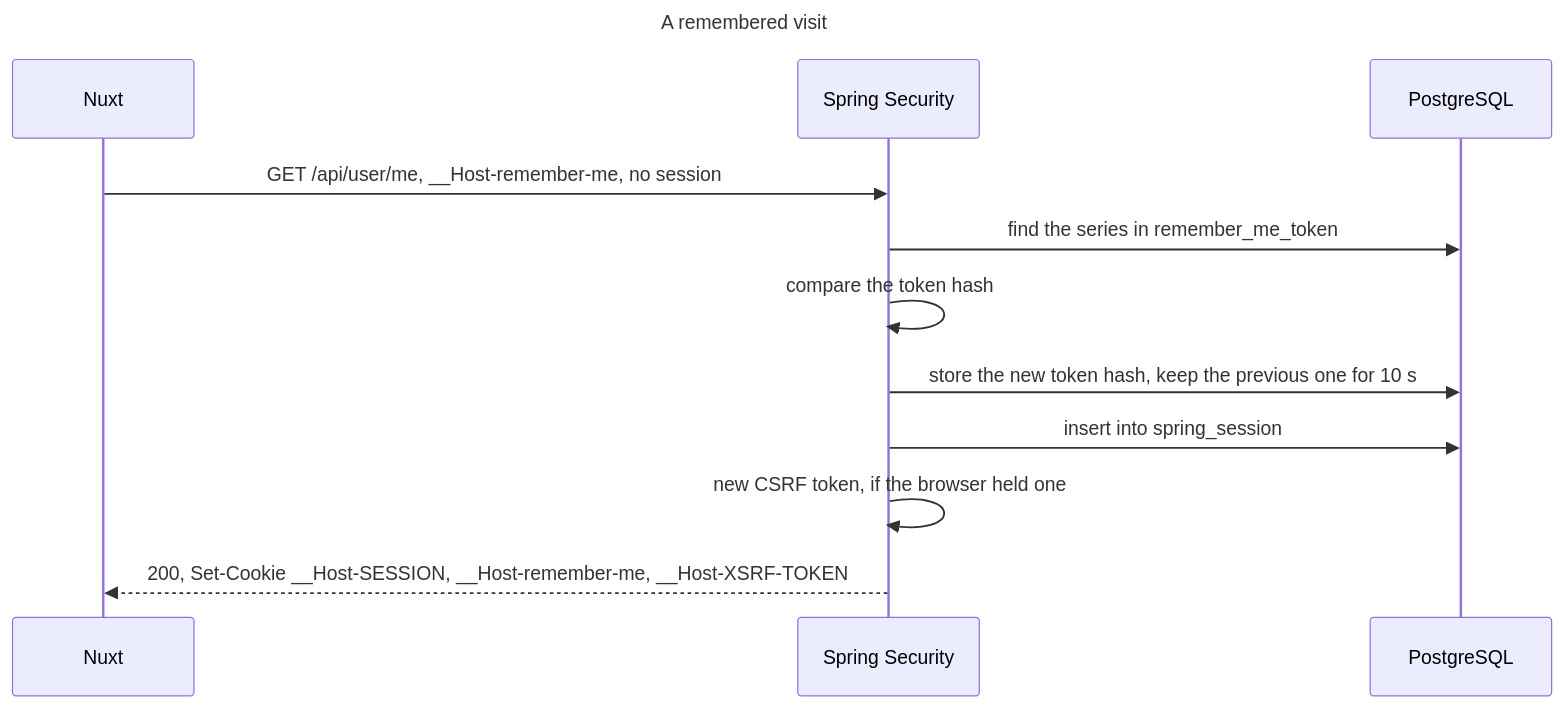
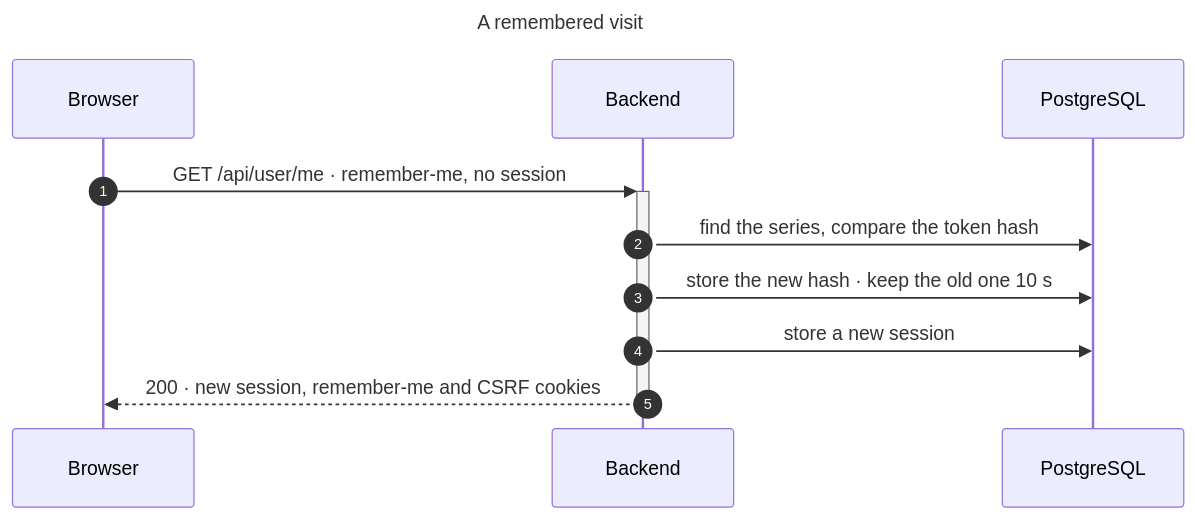
One commit to mboisnard/drinkit changed the sixth of 7 diagrams in docs/content/en/3.reference/2.security/1.principles.md. Above: the diagram before and after it, drawn with Mermaid. The commit also changed other lines of this file and 8 other files, not shown here.

First line of the commit message:
[DOCUMENTATION] Draw the diagrams as simply as the A+ design (#666)

````diff
--- a/docs/content/en/3.reference/2.security/1.principles.md
+++ b/docs/content/en/3.reference/2.security/1.principles.md
@@ -311,16 +268,15 @@
 ```mermaid
 ---
 title: A remembered visit
 ---
 sequenceDiagram
-  participant Nuxt
-  participant Security as Spring Security
-  participant DB as PostgreSQL
-  Nuxt->>Security: GET /api/user/me, __Host-remember-me, no session
-  Security->>DB: find the series in remember_me_token
-  Security->>Security: compare the token hash
-  Security->>DB: store the new token hash, keep the previous one for 10 s
-  Security->>DB: insert into spring_session
-  Security->>Security: new CSRF token, if the browser held one
-  Security-->>Nuxt: 200, Set-Cookie __Host-SESSION, __Host-remember-me, __Host-XSRF-TOKEN
+  autonumber
+  participant B as Browser
+  participant BE as Backend
+  participant PG as PostgreSQL
+  B->>+BE: GET /api/user/me · remember-me, no session
+  BE->>PG: find the series, compare the token hash
+  BE->>PG: store the new hash · keep the old one 10 s
+  BE->>PG: store a new session
+  BE-->>-B: 200 · new session, remember-me and CSRF cookies
 ```
````
